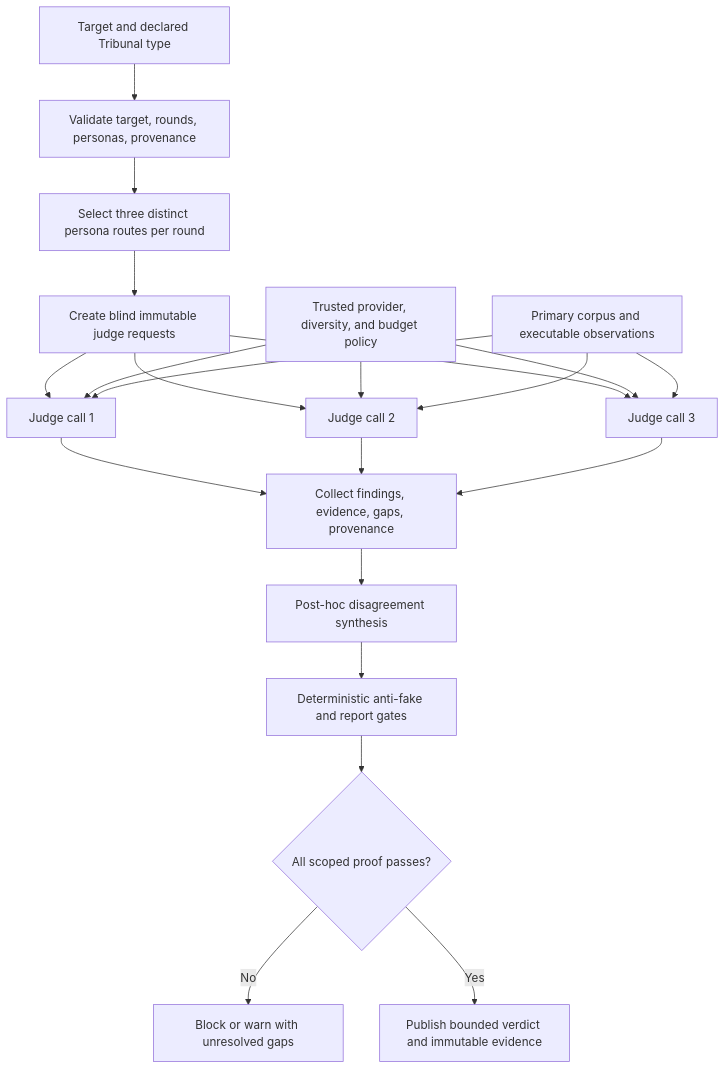
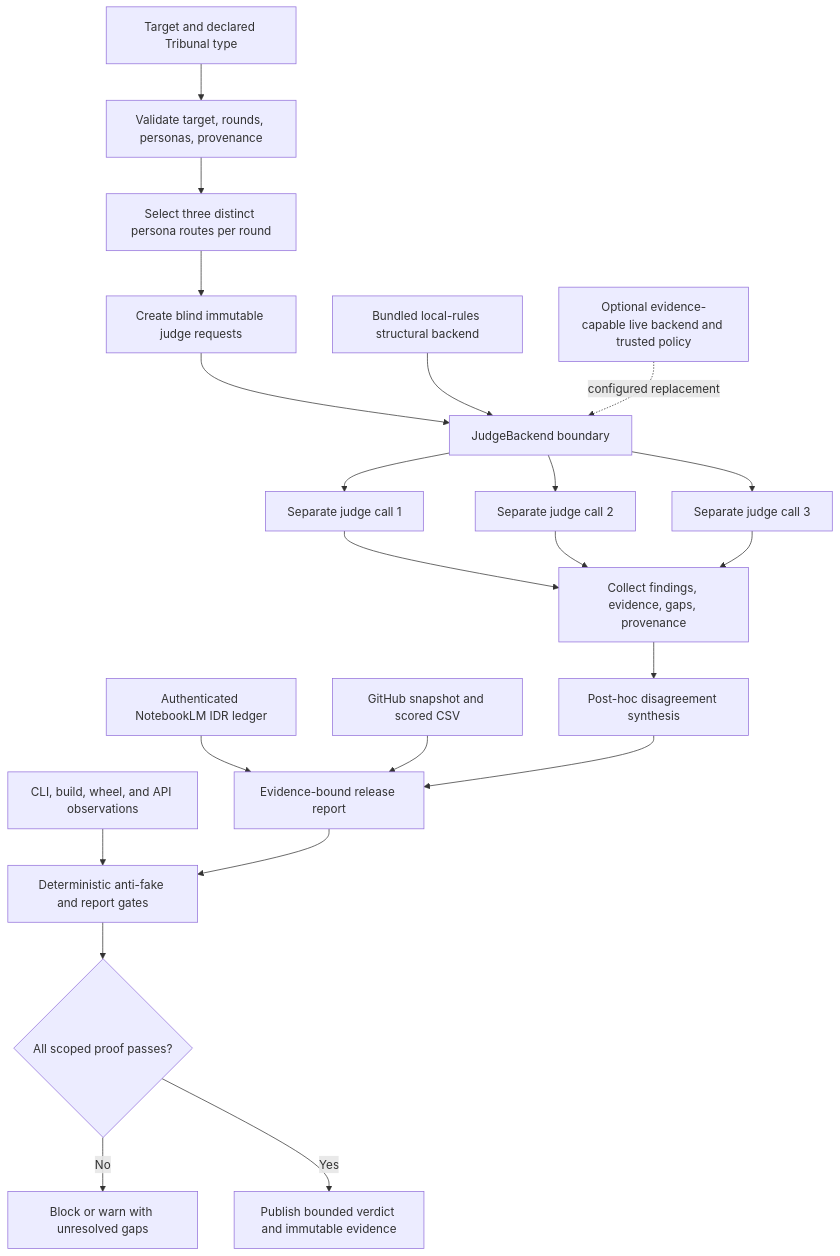
Before and after one commit to Martin-Hausleitner/tribunal-public: the diagram in report/codex-trib-lib-tribunal.md, drawn with Mermaid. The commit also changed other lines of this file and 6 other files, not shown here.

````diff
--- a/report/codex-trib-lib-tribunal.md
+++ b/report/codex-trib-lib-tribunal.md
@@ -268,23 +266,24 @@
 ```mermaid
 flowchart TD
     A[Target and declared Tribunal type] --> B[Validate target, rounds, personas, provenance]
     B --> C[Select three distinct persona routes per round]
     C --> D[Create blind immutable judge requests]
-    D --> E1[Judge call 1]
-    D --> E2[Judge call 2]
-    D --> E3[Judge call 3]
-    P[Trusted provider, diversity, and budget policy] --> E1
-    P --> E2
-    P --> E3
-    N[Primary corpus and executable observations] --> E1
-    N --> E2
-    N --> E3
+    D --> E[JudgeBackend boundary]
+    L[Bundled local-rules structural backend] --> E
+    P[Optional evidence-capable live backend and trusted policy] -. configured replacement .-> E
+    E --> E1[Separate judge call 1]
+    E --> E2[Separate judge call 2]
+    E --> E3[Separate judge call 3]
     E1 --> F[Collect findings, evidence, gaps, provenance]
     E2 --> F
     E3 --> F
     F --> G[Post-hoc disagreement synthesis]
-    G --> H[Deterministic anti-fake and report gates]
+    N[Authenticated NotebookLM IDR ledger] --> R[Evidence-bound release report]
+    O[GitHub snapshot and scored CSV] --> R
+    Q[CLI, build, wheel, and API observations] --> H[Deterministic anti-fake and report gates]
+    G --> R
+    R --> H
     H --> I{All scoped proof passes?}
     I -- No --> J[Block or warn with unresolved gaps]
     I -- Yes --> K[Publish bounded verdict and immutable evidence]
 ```
````
